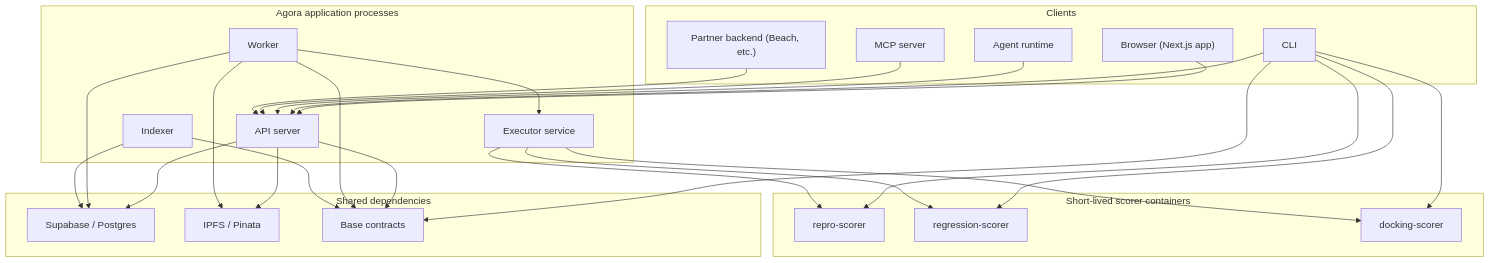
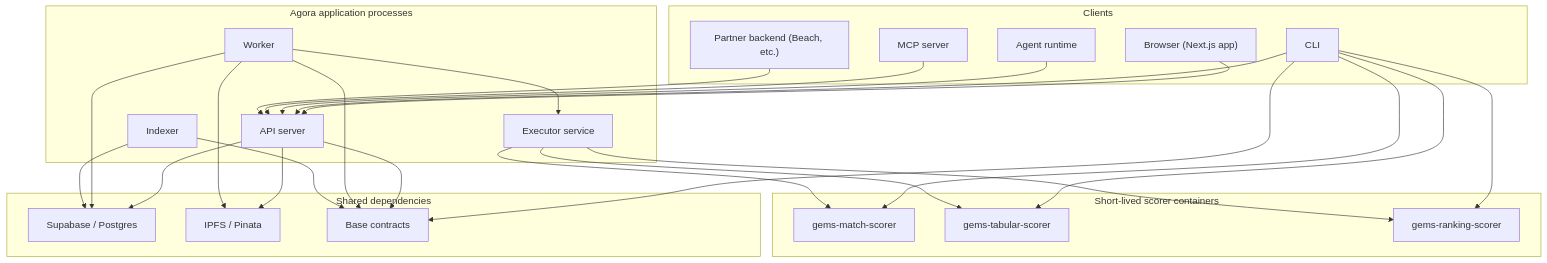
One commit to andymolecule/Agora changed the second of 9 diagrams in docs/system-anatomy.md. Above: the diagram before and after it, drawn with Mermaid. The commit also changed other lines of this file and 66 other files, not shown here.

````diff
--- a/docs/system-anatomy.md
+++ b/docs/system-anatomy.md
@@ -75,54 +75,54 @@
 ```mermaid
 flowchart TB
     subgraph Clients
         Browser["Browser (Next.js app)"]
         CLI["CLI"]
         Agent["Agent runtime"]
         MCP["MCP server"]
         Partner["Partner backend (Beach, etc.)"]
     end
 
     subgraph App["Agora application processes"]
         API["API server"]
         Worker["Worker"]
         Indexer["Indexer"]
         Exec["Executor service"]
     end
 
     subgraph Data["Shared dependencies"]
         DB["Supabase / Postgres"]
         IPFS["IPFS / Pinata"]
         Base["Base contracts"]
     end
 
     subgraph Containers["Short-lived scorer containers"]
-        Repro["repro-scorer"]
-        Regr["regression-scorer"]
-        Dock["docking-scorer"]
+        Repro["gems-match-scorer"]
+        Regr["gems-tabular-scorer"]
+        Dock["gems-ranking-scorer"]
     end
 
     Browser --> API
     CLI --> API
     CLI --> Base
     CLI --> Repro
     CLI --> Regr
     CLI --> Dock
     Agent --> API
     MCP --> API
     Partner --> API
 
     API --> DB
     API --> Base
     API --> IPFS
 
     Worker --> DB
     Worker --> Base
     Worker --> IPFS
     Worker --> Exec
 
     Indexer --> Base
     Indexer --> DB
     Exec --> Repro
     Exec --> Regr
     Exec --> Dock
 ```
````
